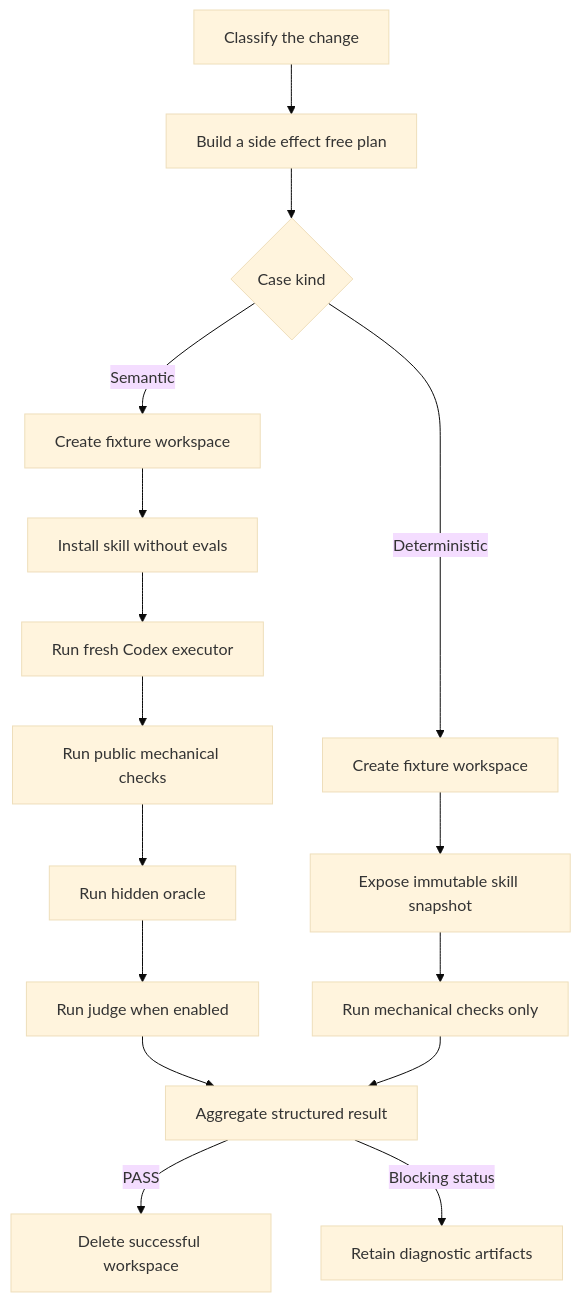
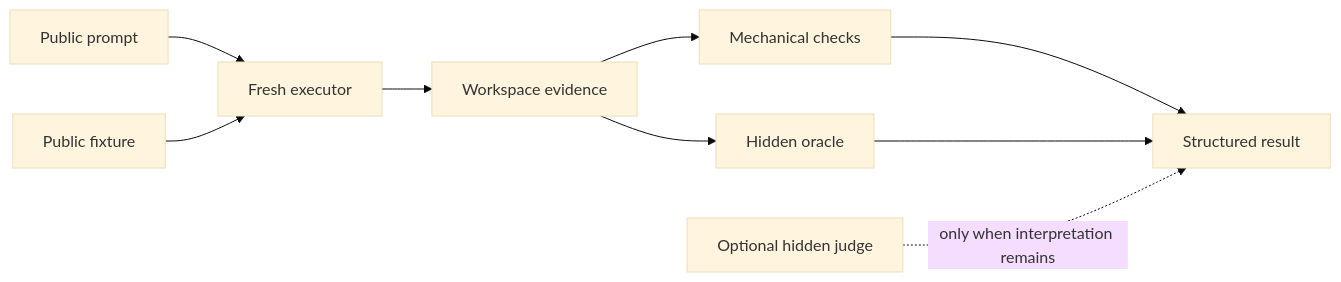
One commit to renanfranca/codex-skills changed the diagram in EVALUATIONS.md. Above: the diagram before and after it, drawn with Mermaid (base theme). The commit also changed other lines of this file and 1 other file, not shown here.

Commit message:
docs(develop-skill-with-evals): restructure evaluation guide

````diff
--- a/EVALUATIONS.md
+++ b/EVALUATIONS.md
@@ -48,18 +113,11 @@
 ```mermaid
-flowchart TD
-  A[Classify the change] --> B[Build a side effect free plan]
-  B --> C{Case kind}
-  C -->|Semantic| D[Create fixture workspace]
-  D --> E[Install skill without evals]
-  E --> F[Run fresh Codex executor]
-  F --> G[Run public mechanical checks]
-  G --> O[Run hidden oracle]
-  O --> H[Run judge when enabled]
-  C -->|Deterministic| I[Create fixture workspace]
-  I --> J[Expose immutable skill snapshot]
-  J --> K[Run mechanical checks only]
-  H --> L[Aggregate structured result]
-  K --> L
-  L -->|PASS| M[Delete successful workspace]
-  L -->|Blocking status| N[Retain diagnostic artifacts]
+flowchart LR
+  P[Public prompt] --> E[Fresh executor]
+  F[Public fixture] --> E
+  E --> W[Workspace evidence]
+  W --> M[Mechanical checks]
+  W --> O[Hidden oracle]
+  M --> R[Structured result]
+  O --> R
+  J[Optional hidden judge] -. only when interpretation remains .-> R
 ```
````
